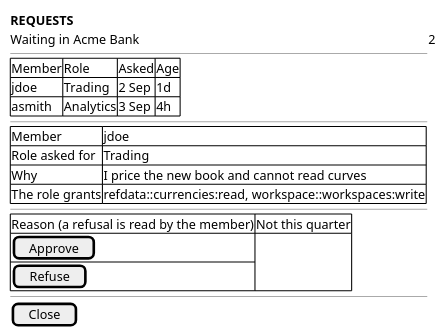
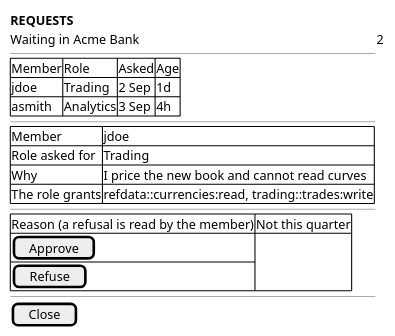
One commit to OreStudio/OreStudio changed the diagram in doc/knowledge/journeys/access/wireframe_answer_a_request.puml. Above: the diagram before and after it, drawn with PlantUML. The commit also changed 18 other files, not shown here.

```diff
--- a/doc/knowledge/journeys/access/wireframe_answer_a_request.puml
+++ b/doc/knowledge/journeys/access/wireframe_answer_a_request.puml
@@ -18,30 +18,30 @@
 @startuml
 
 salt
 {
   <b>REQUESTS</b>
   Waiting in Acme Bank | 2
   --
   {#
     Member | Role | Asked | Age
     jdoe | Trading | 2 Sep | 1d
     asmith | Analytics | 3 Sep | 4h
   }
   --
   {#
     Member | jdoe
     Role asked for | Trading
     Why | I price the new book and cannot read curves
-    The role grants | refdata::currencies:read, workspace::workspaces:write
+    The role grants | refdata::currencies:read, trading::trades:write
   }
   --
   {#
     Reason (a refusal is read by the member) | Not this quarter
     [ Approve ]
     [ Refuse ]
   }
   --
   [ Close ]
 }
 
 @enduml
```
